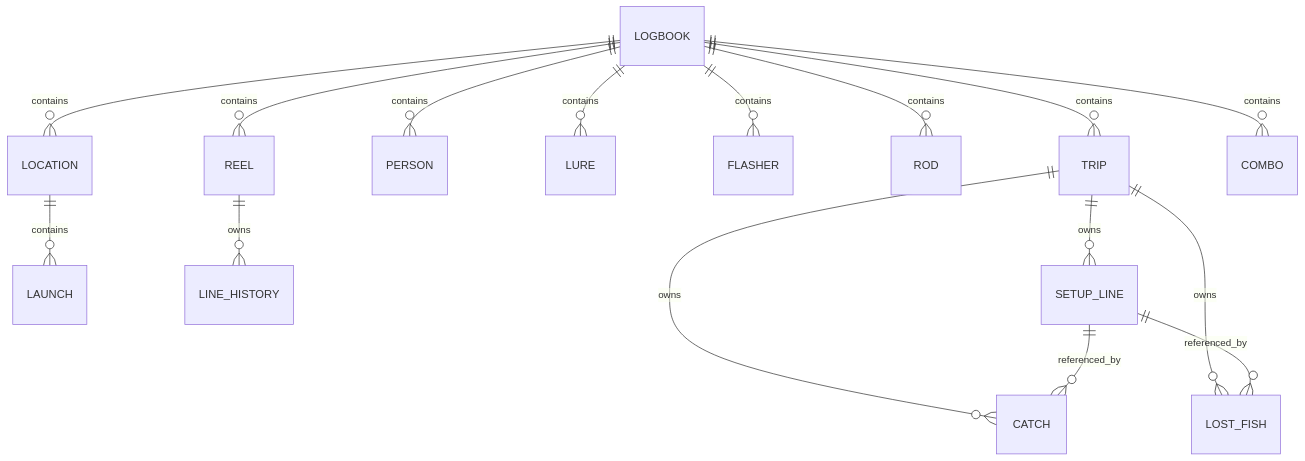
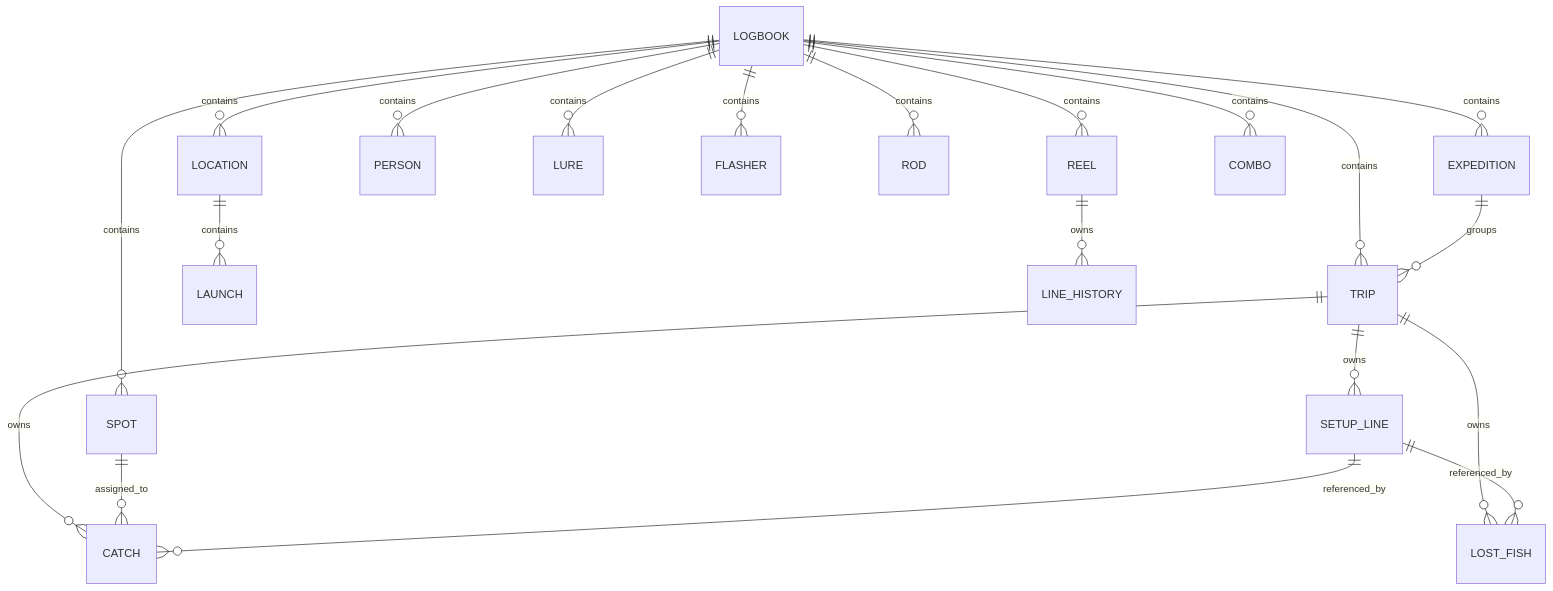
Before and after one commit to cacher300/Selfhostable-Fishing-Logbook: the diagram in docs/DATA_MODEL.md, drawn with Mermaid. The commit also changed other lines of this file and 30 other files, not shown here.

````diff
--- a/docs/DATA_MODEL.md
+++ b/docs/DATA_MODEL.md
@@ -7,18 +7,22 @@
 ```mermaid
 erDiagram
   LOGBOOK ||--o{ TRIP : contains
+  LOGBOOK ||--o{ EXPEDITION : contains
+  EXPEDITION ||--o{ TRIP : groups
   LOGBOOK ||--o{ LOCATION : contains
   LOCATION ||--o{ LAUNCH : contains
+  LOGBOOK ||--o{ SPOT : contains
   LOGBOOK ||--o{ PERSON : contains
   LOGBOOK ||--o{ LURE : contains
   LOGBOOK ||--o{ FLASHER : contains
   LOGBOOK ||--o{ ROD : contains
   LOGBOOK ||--o{ REEL : contains
   LOGBOOK ||--o{ COMBO : contains
   REEL ||--o{ LINE_HISTORY : owns
   TRIP ||--o{ SETUP_LINE : owns
   TRIP ||--o{ CATCH : owns
+  SPOT ||--o{ CATCH : assigned_to
   TRIP ||--o{ LOST_FISH : owns
   SETUP_LINE ||--o{ CATCH : referenced_by
   SETUP_LINE ||--o{ LOST_FISH : referenced_by
 ```
````
